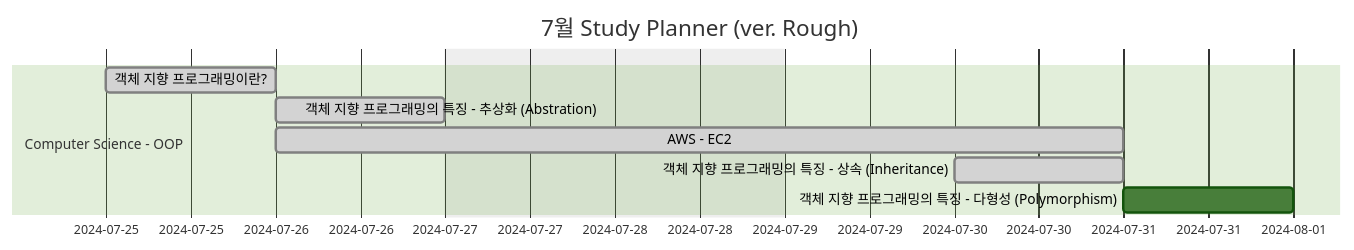
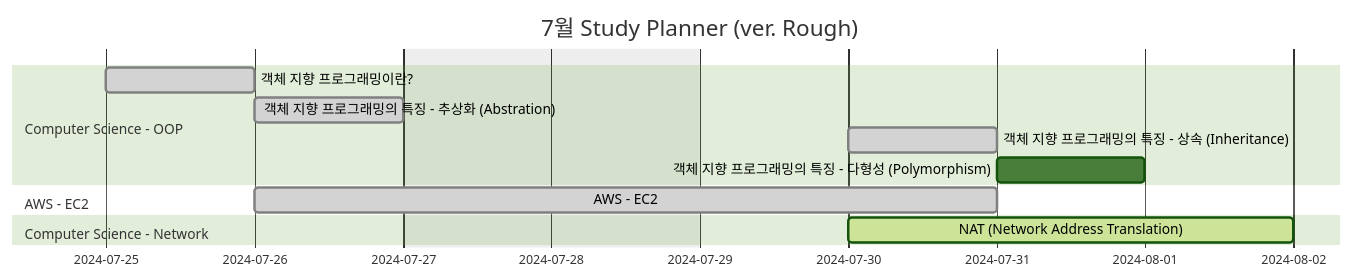
Before and after one commit to HyungJinHan/HyungJinHan.github.io: the first of 2 diagrams in _posts/other/2024-07-24-plan.md, drawn with Mermaid (forest theme). The commit also changed other lines of this file, not shown here.

Commit message:
플래너 수정

````diff
--- a/_posts/other/2024-07-24-plan.md
+++ b/_posts/other/2024-07-24-plan.md
@@ -20,12 +20,17 @@
 ```mermaid
 gantt
 title  7월 Study Planner (ver. Rough)
 excludes weekends
 
 section Computer Science - OOP
   객체 지향 프로그래밍이란? :done, 2024-07-25, 1d
   객체 지향 프로그래밍의 특징 - 추상화 (Abstration) :done, 2024-07-26, 1d
-  AWS - EC2 :done, 2024-07-26, 3d
   객체 지향 프로그래밍의 특징 - 상속 (Inheritance) :done, 2024-07-30, 1d
   객체 지향 프로그래밍의 특징 - 다형성 (Polymorphism) :d, 2024-07-31, 1d
+
+section AWS - EC2
+  AWS - EC2 :done, 2024-07-26, 3d
+
+section Computer Science - Network
+  NAT (Network Address Translation) :active, 2024-07-30, 3d
 ```
````
